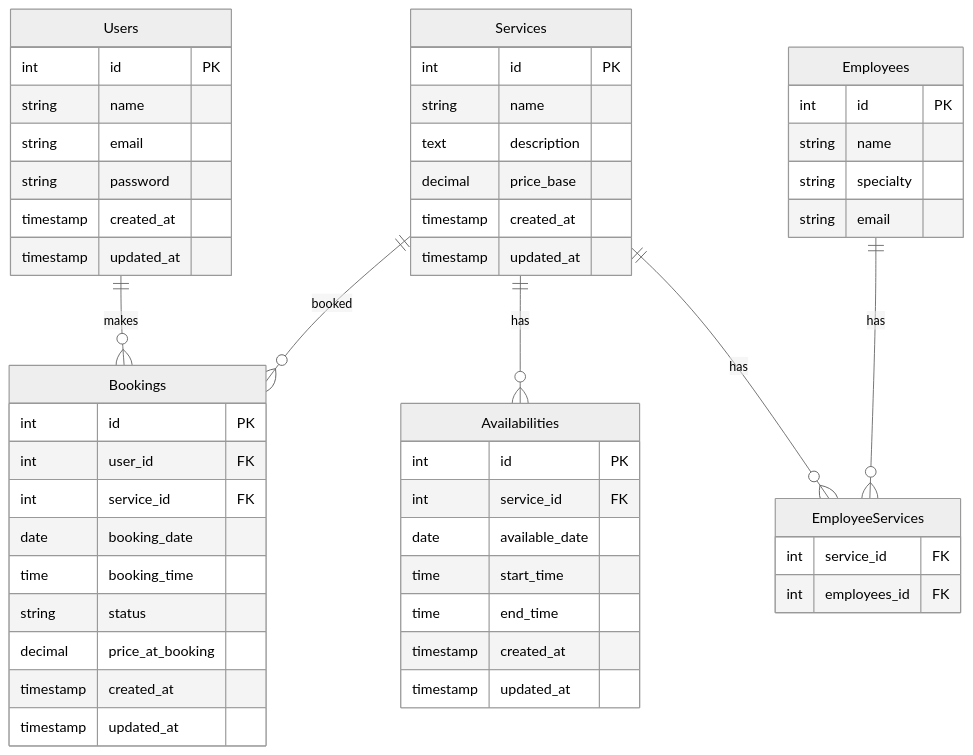
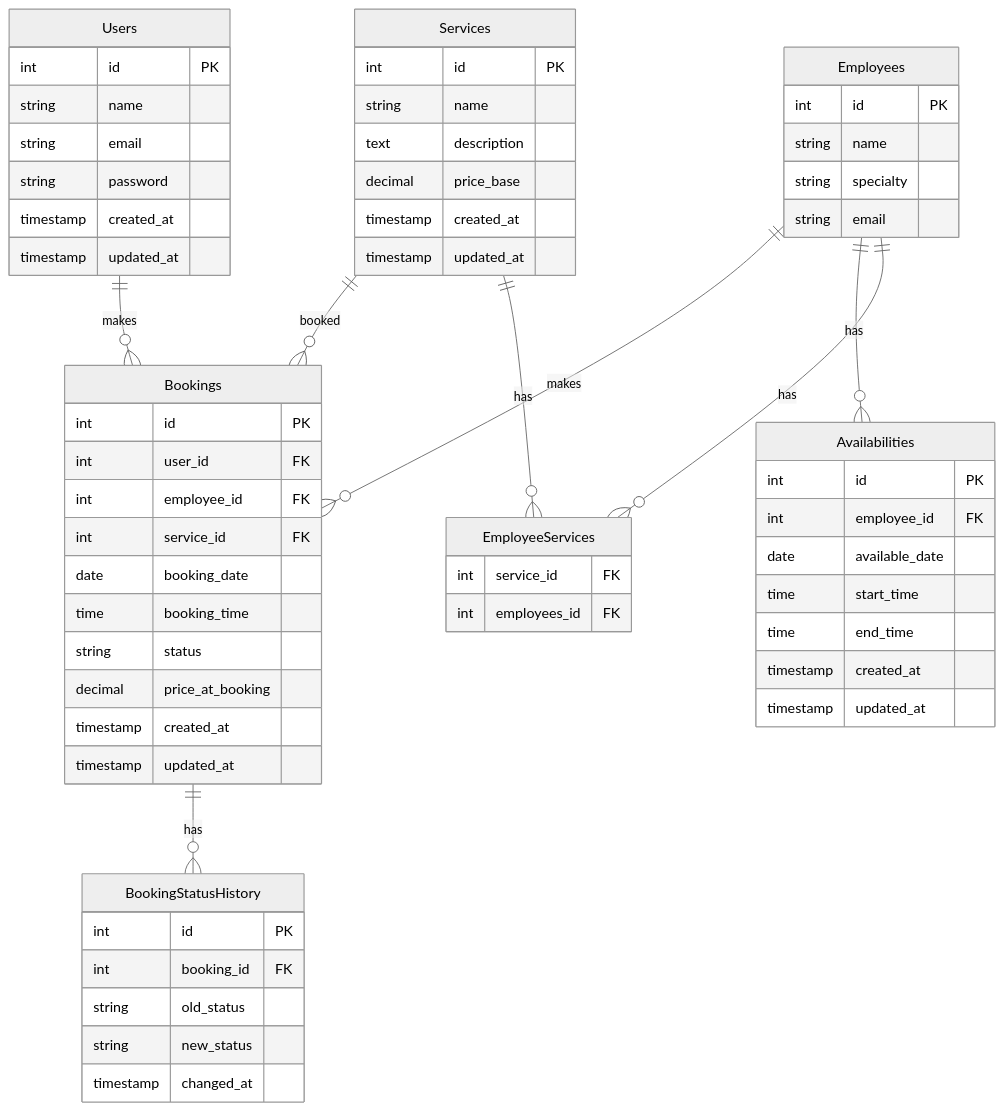
Before and after one commit to GeanVillamar/booking-system: the diagram in README.md, drawn with Mermaid (neutral theme). The commit also changed other lines of this file, not shown here.

````diff
--- a/README.md
+++ b/README.md
@@ -23,62 +23,73 @@
 ```mermaid
 erDiagram
     Users {
         int id PK
         string name
         string email
         string password
         timestamp created_at
         timestamp updated_at
     }
 
     Services {
         int id PK
         string name
         text description
         decimal price_base
         timestamp created_at
         timestamp updated_at
     }
 
     Employees{
         int id PK
         string name
         string specialty
         string email
     }
 
      EmployeeServices{
         int service_id FK
         int employees_id FK
     }
 
     Bookings {
         int id PK
         int user_id FK
+        int employee_id FK
         int service_id FK
         date booking_date
         time booking_time
         string status
         decimal price_at_booking
         timestamp created_at
         timestamp updated_at
     }
 
     Availabilities {
         int id PK
-        int service_id FK
+        int employee_id FK
         date available_date
         time start_time
         time end_time
         timestamp created_at
         timestamp updated_at
     }
 
+    BookingStatusHistory {
+        int id PK
+        int booking_id FK
+        string old_status
+        string new_status
+        timestamp changed_at
+    }
+
 
     Users ||--o{ Bookings : makes
+    Employees ||--o{ Bookings : makes
     Services ||--o{ Bookings : booked
-    Services ||--o{ Availabilities : has
+    Employees ||--o{ Availabilities : has
     Employees ||--o{ EmployeeServices : has
     Services ||--o{ EmployeeServices : has
+    Bookings ||--o{ BookingStatusHistory : has
 
 ```
````
